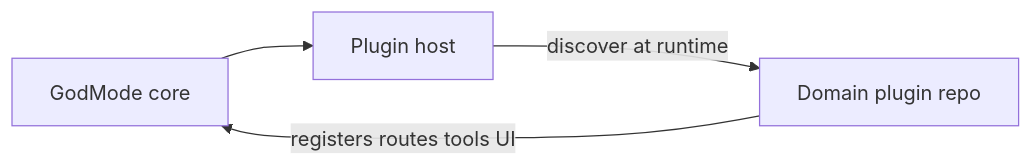
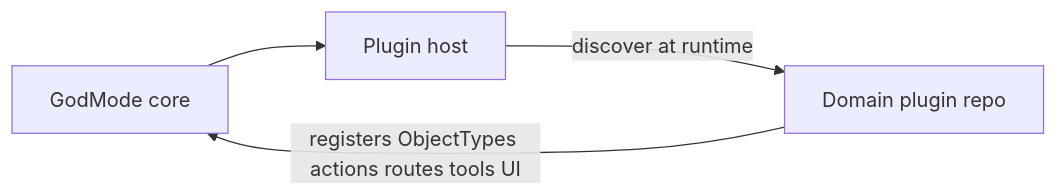
One commit to ReBoticsAI/GodMode changed the fourth of 4 diagrams in README.md. Above: the diagram before and after it, drawn with Mermaid. The commit also changed other lines of this file and 14 other files, not shown here.

````diff
--- a/README.md
+++ b/README.md
@@ -116,9 +116,9 @@
 ```mermaid
 flowchart LR
   Core[GodMode core]
   PluginHost[Plugin host]
   Plugin[Domain plugin repo]
   Core --> PluginHost
   PluginHost -->|discover at runtime| Plugin
-  Plugin -->|registers routes tools UI| Core
+  Plugin -->|registers ObjectTypes actions routes tools UI| Core
 ```
````
